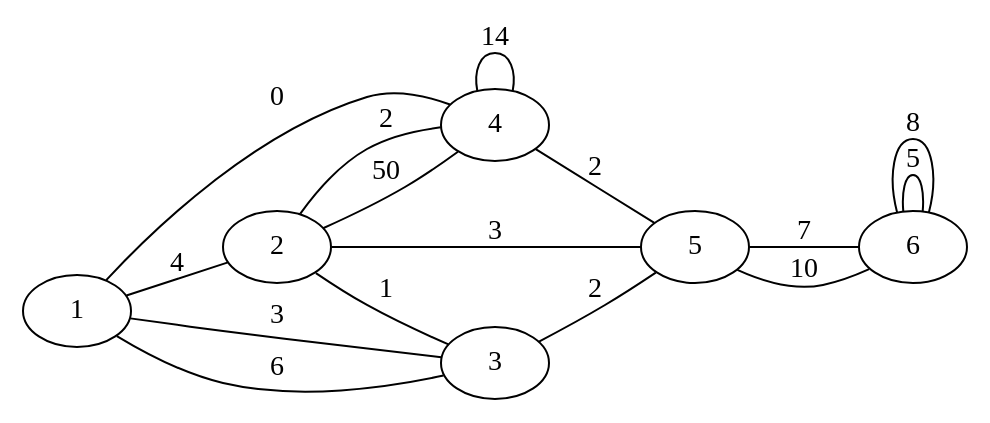
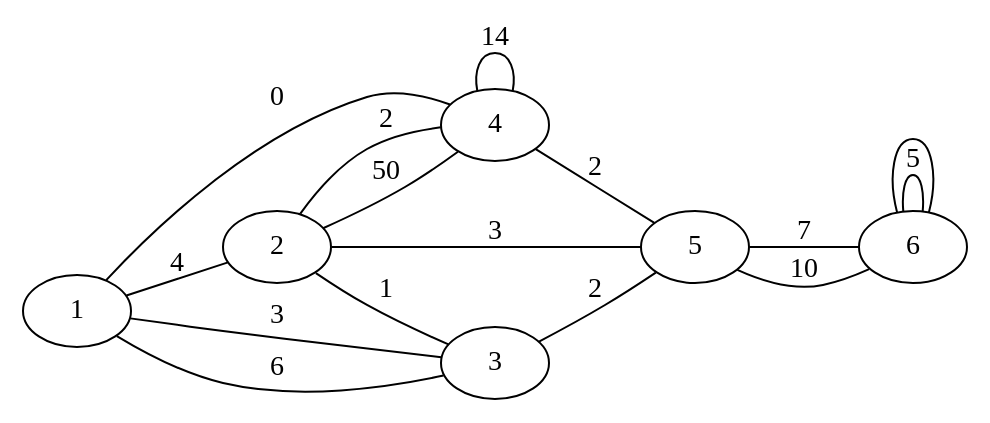
One commit to vitalfocheux/Chinese-Postman-Problem changed the diagram in src/m1graphs2024/undirWeightedMultiGraph.gv. Above: the diagram before and after it, drawn with Graphviz. The commit also changed 10 other files, not shown here.

```diff
--- a/src/m1graphs2024/undirWeightedMultiGraph.gv
+++ b/src/m1graphs2024/undirWeightedMultiGraph.gv
@@ -1,18 +1,18 @@
 graph {
     rankdir=LR
-    1 -- 2 [label=4, len=4] 
-    1 -- 3 [label=3, len=3]
-    1 -- 3 [label=6, len=6]
-    1 -- 4 [label=0, len=0]
+    1 -- 2 [label=  4, len=4]
+    1 -- 3 [label=3, len= 3]
+    1 -- 3 [label=      6, len  =   6]
+    1 -- 4 [    label   =   0, len  =   0]
     2 -- 3 [label=1, len=1]
     2 -- 4 [label=2, len=2]
     2 -- 4 [label=50, len=50]
     2 -- 5 [label=3, len=3]
     3 -- 5 [label=2, len=2]
     4 -- 4 [label=14, len=14]
     4 -- 5 [label=2, len=2]
     5 -- 6 [label=7, len=7]
     5 -- 6 [label=10, len=10]
     6 -- 6 [label=5, len=5]
-    6 -- 6 [label=8, len=8]
+    6 -- 6 [len=8]
 }
```
